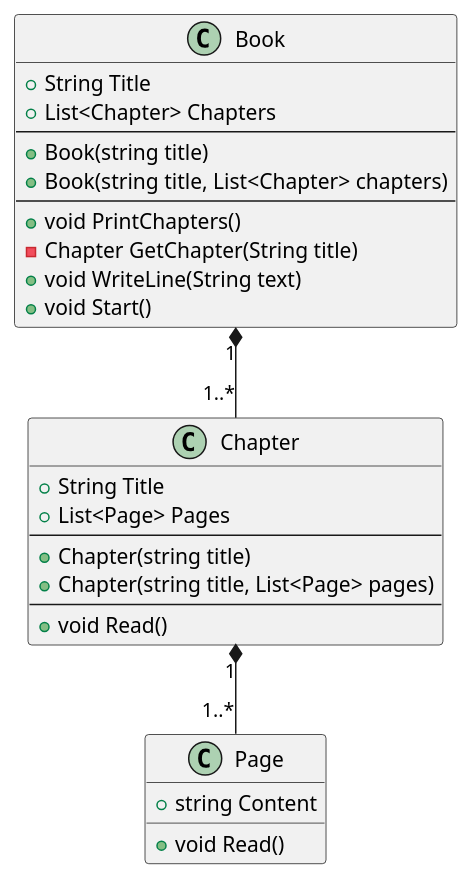
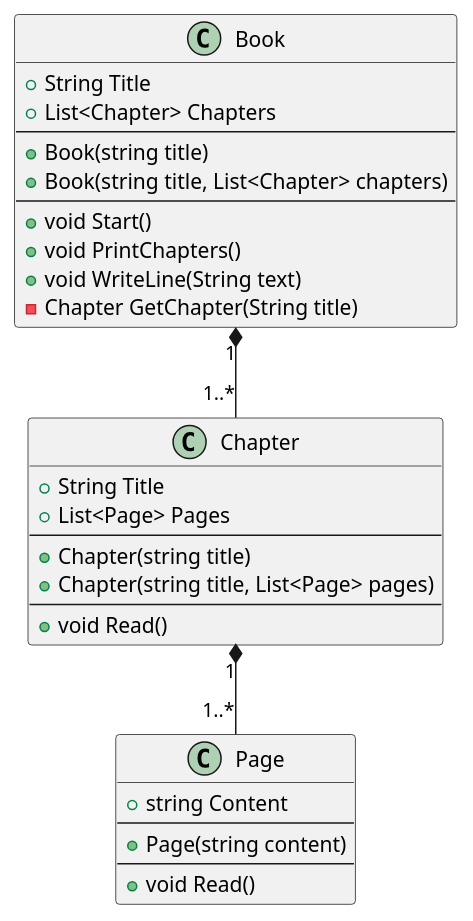
The diagram in ClassDiagram.puml (tvdpt/MyNotes), drawn with PlantUML before and after one commit. The commit also changed 2 other files, not shown here.

```diff
--- a/ClassDiagram.puml
+++ b/ClassDiagram.puml
@@ -1,34 +1,37 @@
 @startuml
 
 class Book{
     + String Title
     + List<Chapter> Chapters
     --
     + Book(string title)
     + Book(string title, List<Chapter> chapters)
     --
+    + void Start()
     + void PrintChapters()
+    + void WriteLine(String text)
     - Chapter GetChapter(String title)
-    + void WriteLine(String text)
-    + void Start()
 }
 
 class Chapter{
     + String Title
     + List<Page> Pages
     --
     + Chapter(string title)
     + Chapter(string title, List<Page> pages)
     --
     + void Read()
 }
 
 Class Page{
     + string Content
+    --
+    + Page(string content)
+    --
     + void Read()
 }
 
 Book "1" *-- "1..*" Chapter
 Chapter "1" *-- "1..*" Page
 
 @enduml
```
